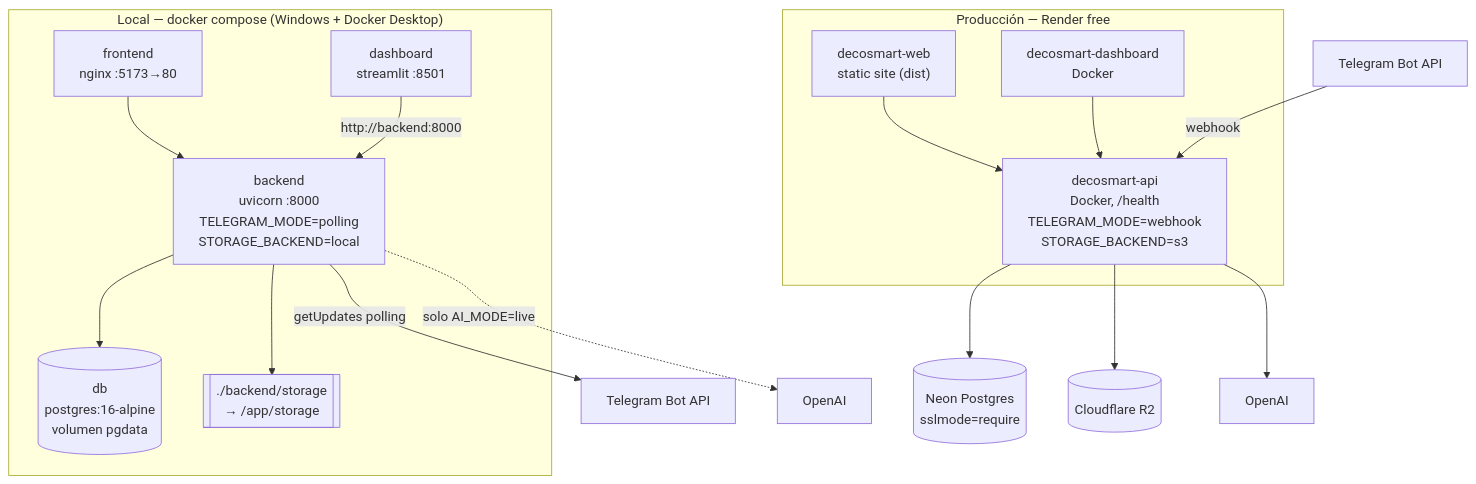
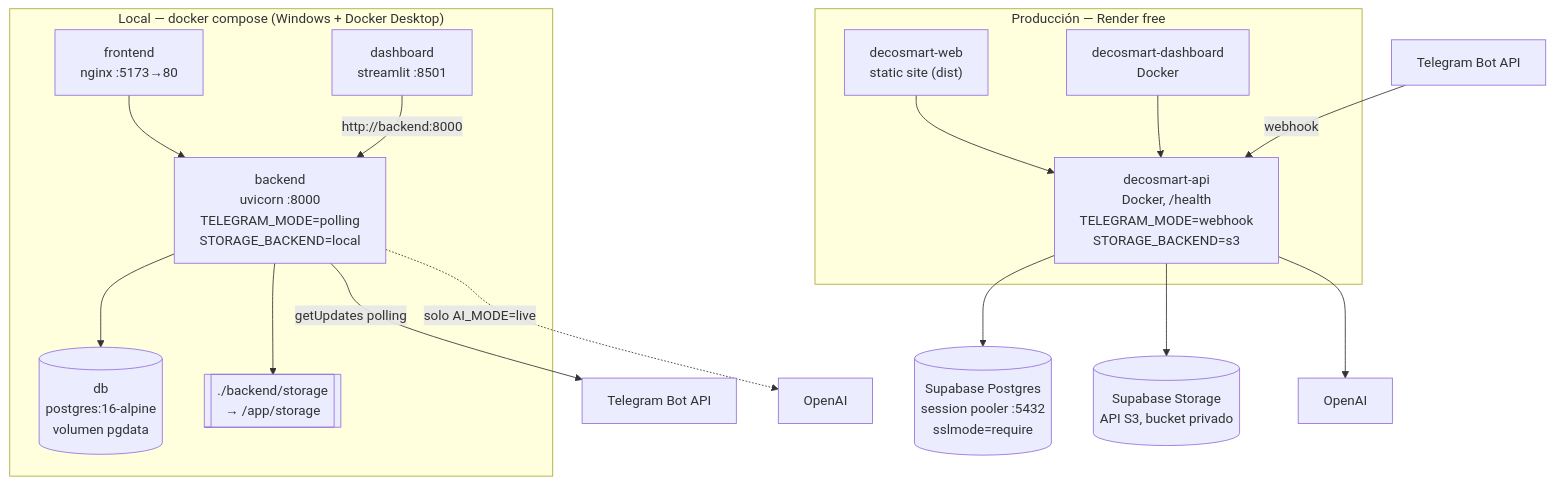
The sixth of 6 diagrams in docs/02-arquitectura.md (UtpProyectos/decosmart-ai), drawn with Mermaid before and after one commit. The commit also changed other lines of this file and 10 other files, not shown here.

Commit message:
docs: migrar referencias de Neon/R2 a Supabase

````diff
--- a/docs/02-arquitectura.md
+++ b/docs/02-arquitectura.md
@@ -282,28 +282,28 @@
 ```mermaid
 flowchart TB
     subgraph LOCAL["Local — docker compose (Windows + Docker Desktop)"]
         LFE["frontend<br/>nginx :5173→80"]
         LBE["backend<br/>uvicorn :8000<br/>TELEGRAM_MODE=polling<br/>STORAGE_BACKEND=local"]
         LDB[("db<br/>postgres:16-alpine<br/>volumen pgdata")]
         LDA["dashboard<br/>streamlit :8501"]
         LVOL[["./backend/storage<br/>→ /app/storage"]]
         LFE --> LBE
         LDA -->|http://backend:8000| LBE
         LBE --> LDB
         LBE --> LVOL
     end
     LBE -->|getUpdates polling| TGL["Telegram Bot API"]
     LBE -.->|solo AI_MODE=live| OAIL["OpenAI"]
 
     subgraph PROD["Producción — Render free"]
         PFE["decosmart-web<br/>static site (dist)"]
         PBE["decosmart-api<br/>Docker, /health<br/>TELEGRAM_MODE=webhook<br/>STORAGE_BACKEND=s3"]
         PDA["decosmart-dashboard<br/>Docker"]
         PFE --> PBE
         PDA --> PBE
     end
-    PBE --> PNE[("Neon Postgres<br/>sslmode=require")]
-    PBE --> PR2[("Cloudflare R2")]
+    PBE --> PNE[("Supabase Postgres<br/>session pooler :5432<br/>sslmode=require")]
+    PBE --> PST[("Supabase Storage<br/>API S3, bucket privado")]
     TGP["Telegram Bot API"] -->|webhook| PBE
     PBE --> OAIP["OpenAI"]
 ```
````
